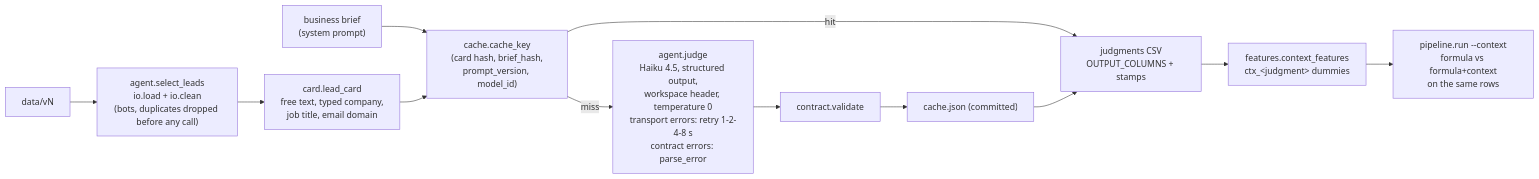
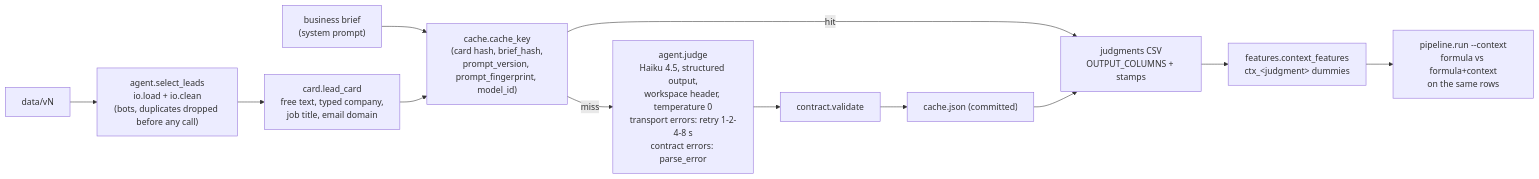
The fourth of 4 diagrams in docs/ARCHITECTURE.md (dsj-emva/learning-modal), drawn with Mermaid before and after one commit. The commit also changed other lines of this file and 8 other files, not shown here.

````diff
--- a/docs/ARCHITECTURE.md
+++ b/docs/ARCHITECTURE.md
@@ -176,11 +176,11 @@
 ```mermaid
 flowchart LR
     DATA["data/vN"] --> SEL["agent.select_leads<br/>io.load + io.clean<br/>(bots, duplicates dropped before any call)"]
     SEL --> CARD["card.lead_card<br/>free text, typed company,<br/>job title, email domain"]
     BRIEF["business brief<br/>(system prompt)"] --> KEY
-    CARD --> KEY["cache.cache_key<br/>(card hash, brief_hash,<br/>prompt_version, model_id)"]
+    CARD --> KEY["cache.cache_key<br/>(card hash, brief_hash,<br/>prompt_version, prompt_fingerprint, model_id)"]
     KEY -->|hit| ROW
     KEY -->|miss| CALL["agent.judge<br/>Haiku 4.5, structured output,<br/>workspace header, temperature 0<br/>transport errors: retry 1-2-4-8 s<br/>contract errors: parse_error"]
     CALL --> VAL["contract.validate"] --> CACHE["cache.json (committed)"] --> ROW
     ROW["judgments CSV<br/>OUTPUT_COLUMNS + stamps"] --> FEAT["features.context_features<br/>ctx_&lt;judgment&gt; dummies"] --> PIPE["pipeline.run --context<br/>formula vs formula+context<br/>on the same rows"]
 ```
````
